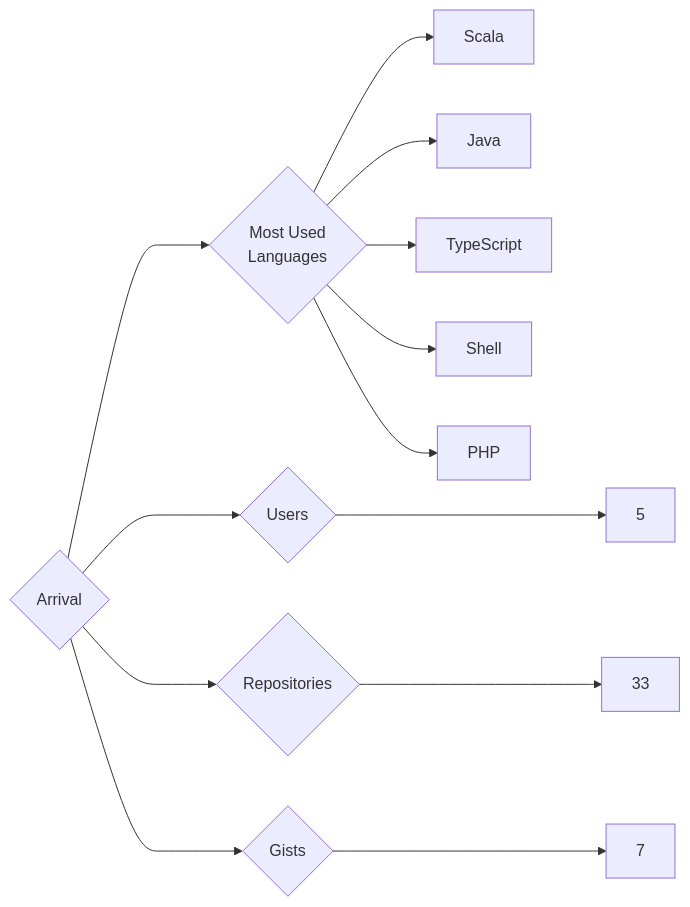
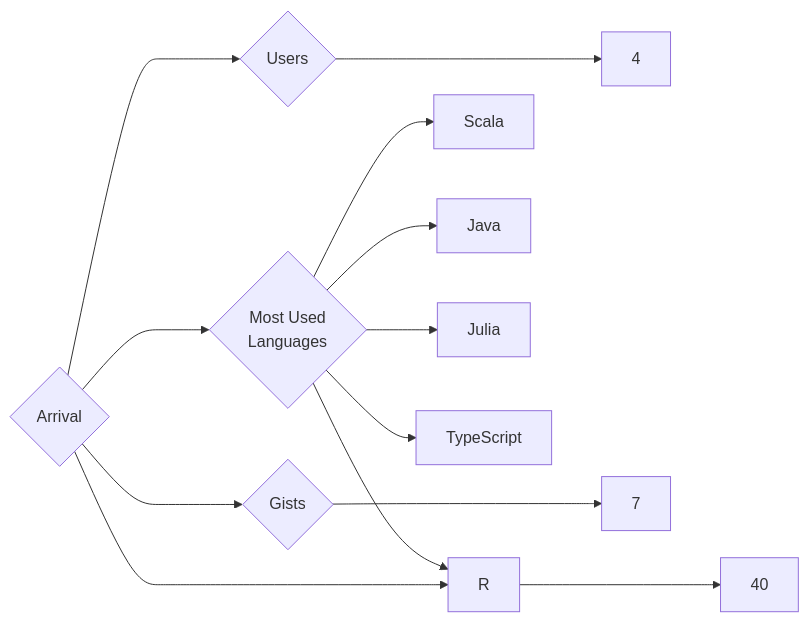
Before and after one commit to trickest/insiders: the diagram in targets/Arrival/README.md, drawn with Mermaid. The commit also changed 851 other files, not shown here.

````diff
--- a/targets/Arrival/README.md
+++ b/targets/Arrival/README.md
@@ -3,13 +3,13 @@
 ```mermaid
 graph LR
 COMPANY_NAME{Arrival}
-COMPANY_NAME ---> U{Users} ---> UN[5]
-COMPANY_NAME ---> R{Repositories} ---> RN[33]
+COMPANY_NAME ---> U{Users} ---> UN[4]
+COMPANY_NAME ---> R{Repositories} ---> RN[40]
 COMPANY_NAME ---> G{Gists} ---> GN[7]
 COMPANY_NAME ---> ML{Most Used<br>Languages}
 ML --> Scala[Scala]
 ML --> Java[Java]
+ML --> R[R]
+ML --> Julia[Julia]
 ML --> TypeScript[TypeScript]
-ML --> Shell[Shell]
-ML --> PHP[PHP]
 ```
````
